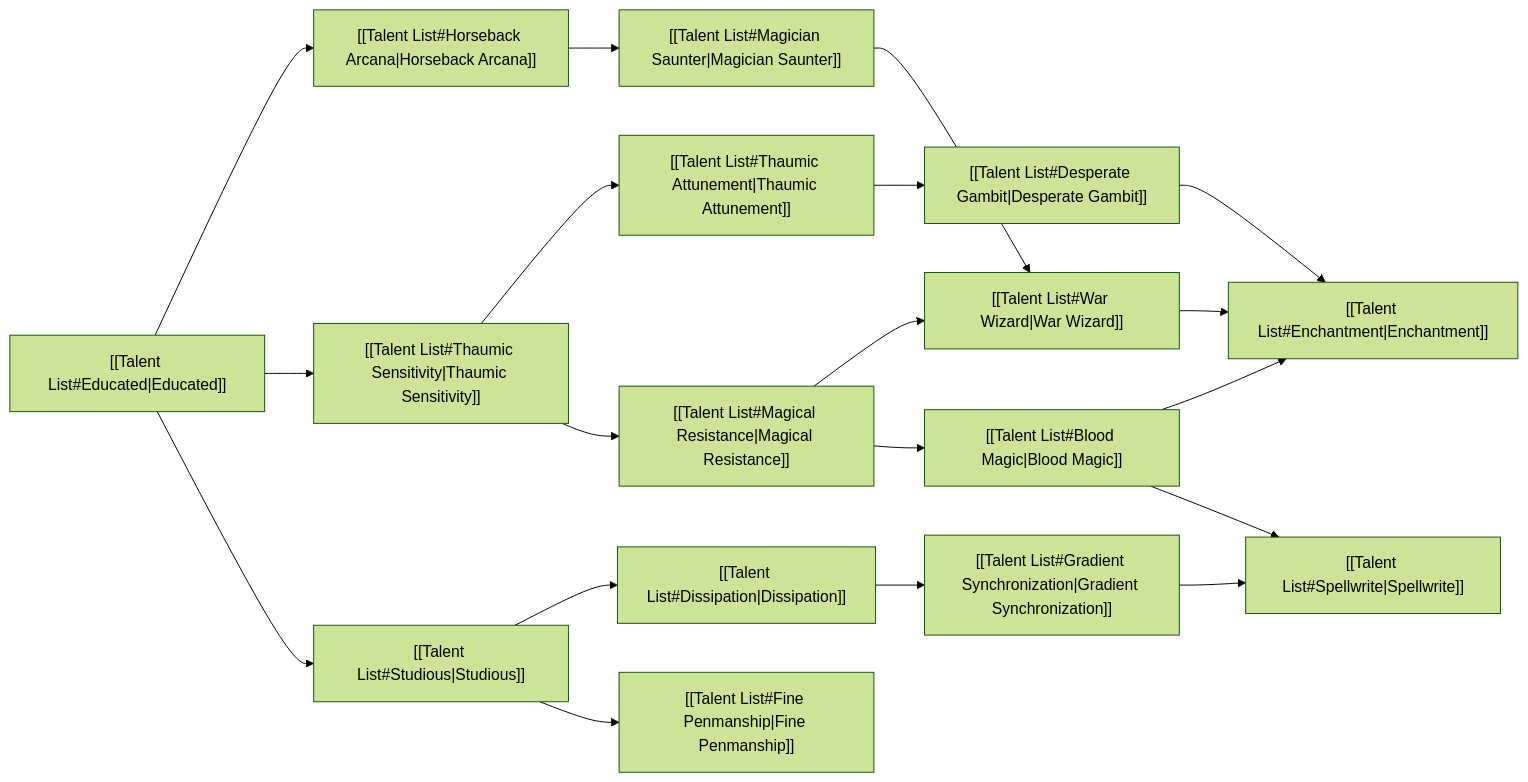
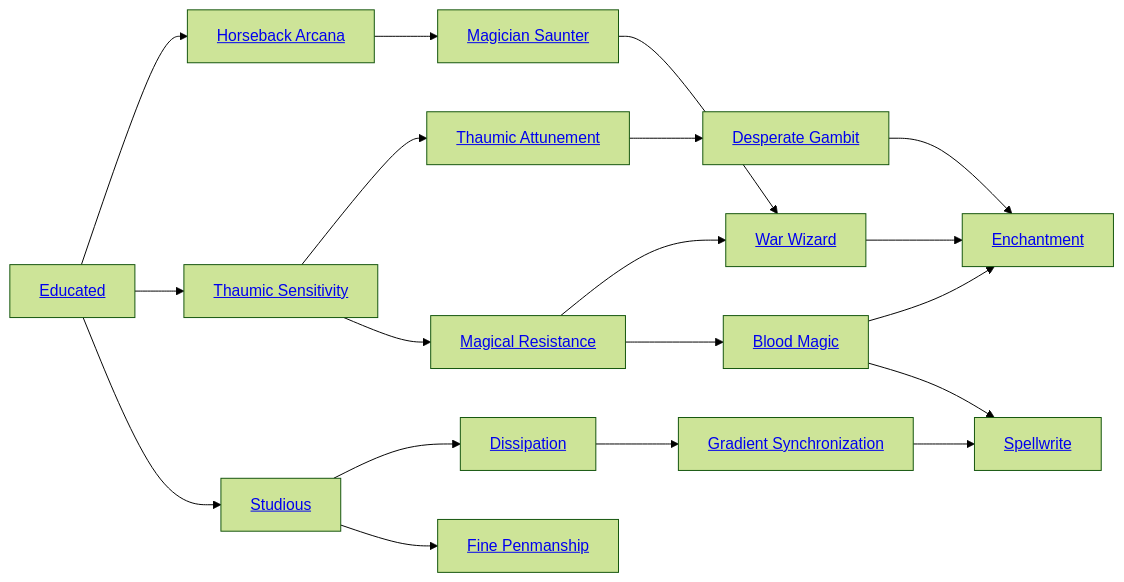
Before and after one commit to donutrj/verdigris: the ninth of 9 diagrams in quartz/content/Characters/Talents/Talent Trees.md, drawn with Mermaid (forest theme). The commit also changed other lines of this file, not shown here.

First line of the commit message:
Convert Mermaid links to functional web links using Python script

````diff
--- a/quartz/content/Characters/Talents/Talent Trees.md
+++ b/quartz/content/Characters/Talents/Talent Trees.md
@@ -276,39 +276,39 @@
 ``` mermaid
 graph LR
 
-A["[[Talent List#Blood Magic|Blood Magic]]"]
-B["[[Talent List#Desperate Gambit|Desperate Gambit]]"]
-C["[[Talent List#Dissipation|Dissipation]]"]
-D["[[Talent List#Educated|Educated]]"]
-E["[[Talent List#Enchantment|Enchantment]]"]
-F["[[Talent List#Fine Penmanship|Fine Penmanship]]"]
-G["[[Talent List#Gradient Synchronization|Gradient Synchronization]]"]
-H["[[Talent List#Horseback Arcana|Horseback Arcana]]"]
-I["[[Talent List#Magical Resistance|Magical Resistance]]"]
-J["[[Talent List#Magician Saunter|Magician Saunter]]"]
-K["[[Talent List#Spellwrite|Spellwrite]]"]
-L["[[Talent List#Thaumic Attunement|Thaumic Attunement]]"]
-M["[[Talent List#Thaumic Sensitivity|Thaumic Sensitivity]]"]
-N["[[Talent List#War Wizard|War Wizard]]"]
-O["[[Talent List#Studious|Studious]]"]
+A[<a href="/Characters/Talents/talent-list#blood-magic">Blood Magic</a>]
+B[<a href="/Characters/Talents/talent-list#desperate-gambit">Desperate Gambit</a>]
+C[<a href="/Characters/Talents/talent-list#dissipation">Dissipation</a>]
+D[<a href="/Characters/Talents/talent-list#educated">Educated</a>]
+E[<a href="/Characters/Talents/talent-list#enchantment">Enchantment</a>]
+F[<a href="/Characters/Talents/talent-list#fine-penmanship">Fine Penmanship</a>]
+G[<a href="/Characters/Talents/talent-list#gradient-synchronization">Gradient Synchronization</a>]
+H[<a href="/Characters/Talents/talent-list#horseback-arcana">Horseback Arcana</a>]
+I[<a href="/Characters/Talents/talent-list#magical-resistance">Magical Resistance</a>]
+J[<a href="/Characters/Talents/talent-list#magician-saunter">Magician Saunter</a>]
+K[<a href="/Characters/Talents/talent-list#spellwrite">Spellwrite</a>]
+L[<a href="/Characters/Talents/talent-list#thaumic-attunement">Thaumic Attunement</a>]
+M[<a href="/Characters/Talents/talent-list#thaumic-sensitivity">Thaumic Sensitivity</a>]
+N[<a href="/Characters/Talents/talent-list#war-wizard">War Wizard</a>]
+O[<a href="/Characters/Talents/talent-list#studious">Studious</a>]
 
 I --> N
 D --> H
 D --> M
 D --> O
 H --> J
 M --> L
 M --> I
 O --> C
 O --> F
 J --> N
 L --> B
 I --> A
 C --> G
 N --> E
 B --> E
 A --> E
 A --> K
 G --> K
 
 ```
````
